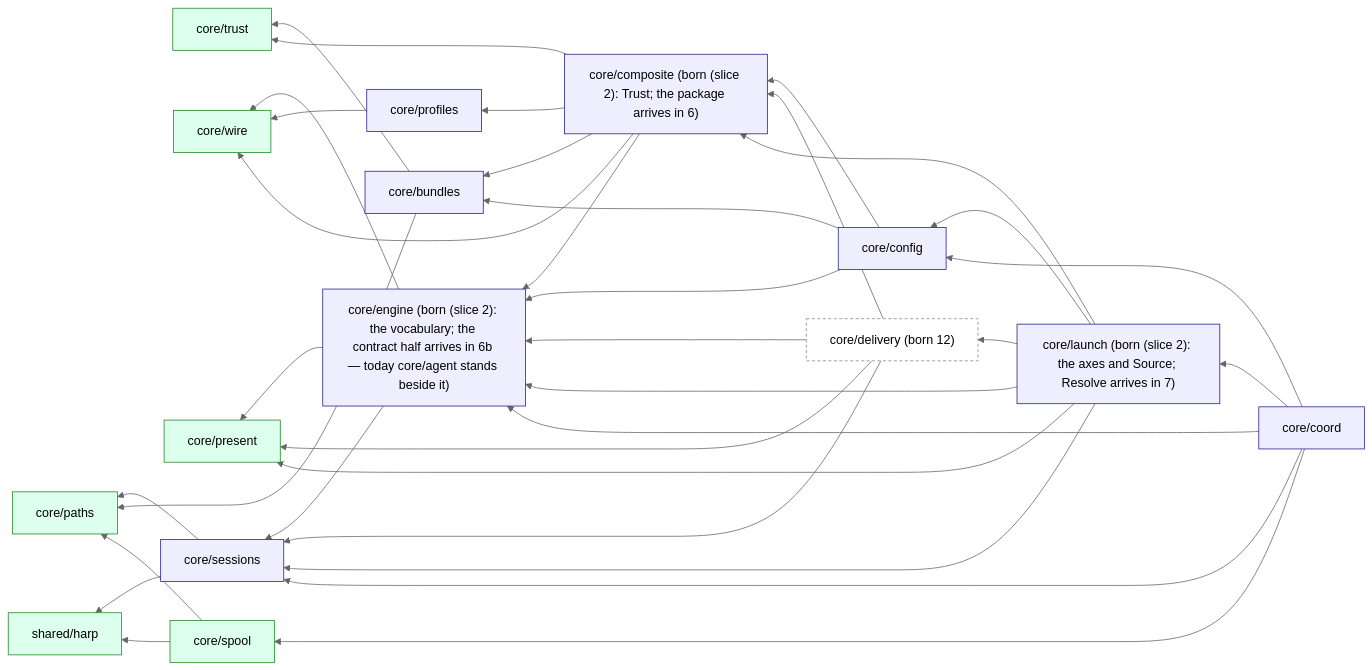
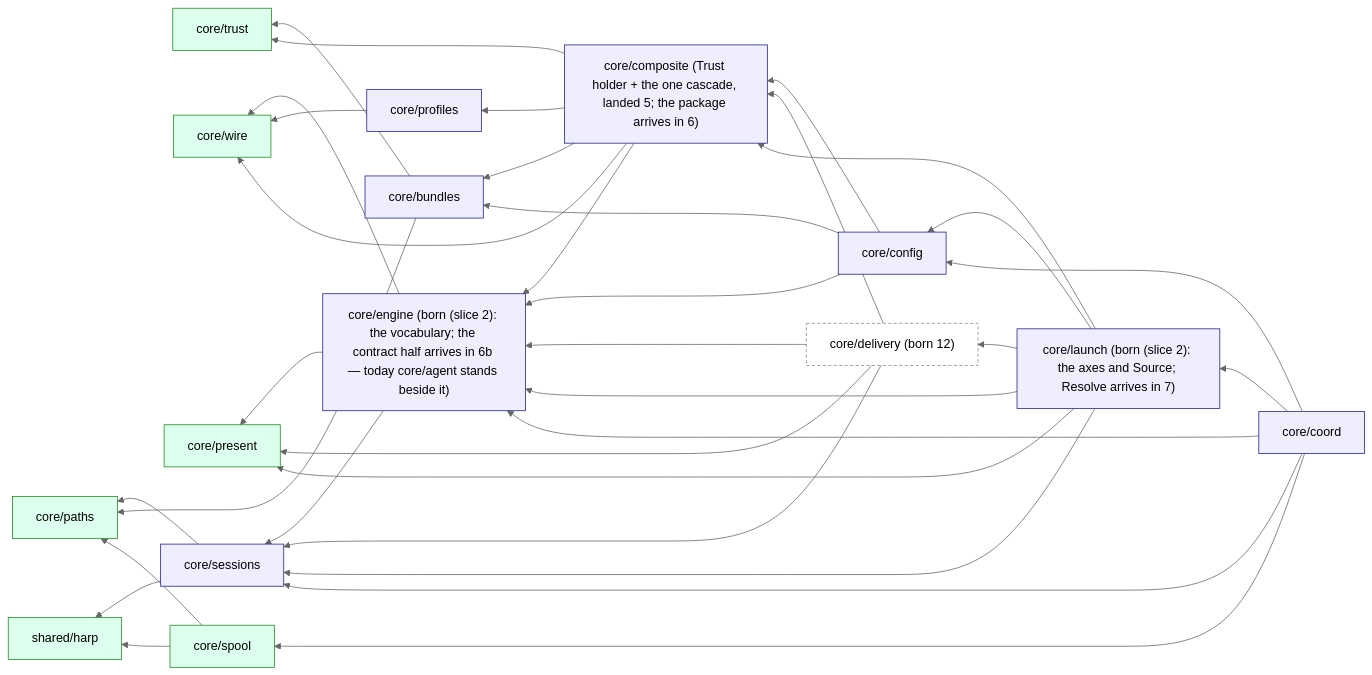
The first of 5 diagrams in docs/architecture/audit-2026-09-18/30-decided-architecture.md (ctxloom/ctxloom), drawn with Mermaid (neutral theme) before and after one commit. The commit also changed other lines of this file and 1 other file, not shown here.

First line of the commit message:
docs(arch): the trust holder as landed — §1.1 composite node, §2.3 VERIFY 1–2, the CLI trust graph

````diff
--- a/docs/architecture/audit-2026-09-18/30-decided-architecture.md
+++ b/docs/architecture/audit-2026-09-18/30-decided-architecture.md
@@ -59,31 +59,31 @@
 ```mermaid
 flowchart RL
   classDef leaf fill:#dfe,stroke:#282
   classDef core fill:#eef,stroke:#228
   classDef later fill:#fff,stroke:#888,stroke-dasharray:4 3
   HARP[shared/harp]:::leaf
   PATHS[core/paths]:::leaf
   TRUST[core/trust]:::leaf
   WIRE[core/wire]:::leaf
   PRES[core/present]:::leaf
   SPOOL[core/spool]:::leaf
   SESS[core/sessions]:::core
   ENG["core/engine (born (slice 2): the vocabulary; the contract half arrives in 6b — today core/agent stands beside it)"]:::core
   BUN[core/bundles]:::core
   PROF[core/profiles]:::core
-  COMP["core/composite (born (slice 2): Trust; the package arrives in 6)"]:::core
+  COMP["core/composite (Trust holder + the one cascade, landed 5; the package arrives in 6)"]:::core
   CFG[core/config]:::core
   DELIV["core/delivery (born 12)"]:::later
   LAUNCH["core/launch (born (slice 2): the axes and Source; Resolve arrives in 7)"]:::core
   COORD[core/coord]:::core
   SESS --> PATHS & HARP
   ENG --> SESS & PRES & WIRE
   BUN --> TRUST & PATHS
   PROF --> WIRE
   COMP --> BUN & PROF & TRUST & WIRE & ENG
   CFG --> BUN & COMP & ENG
   DELIV --> ENG & COMP & PRES & SESS
   LAUNCH --> ENG & COMP & DELIV & SESS & CFG & PRES
   COORD --> SESS & SPOOL & LAUNCH & CFG & ENG
   SPOOL --> PATHS & HARP
 ```
````
